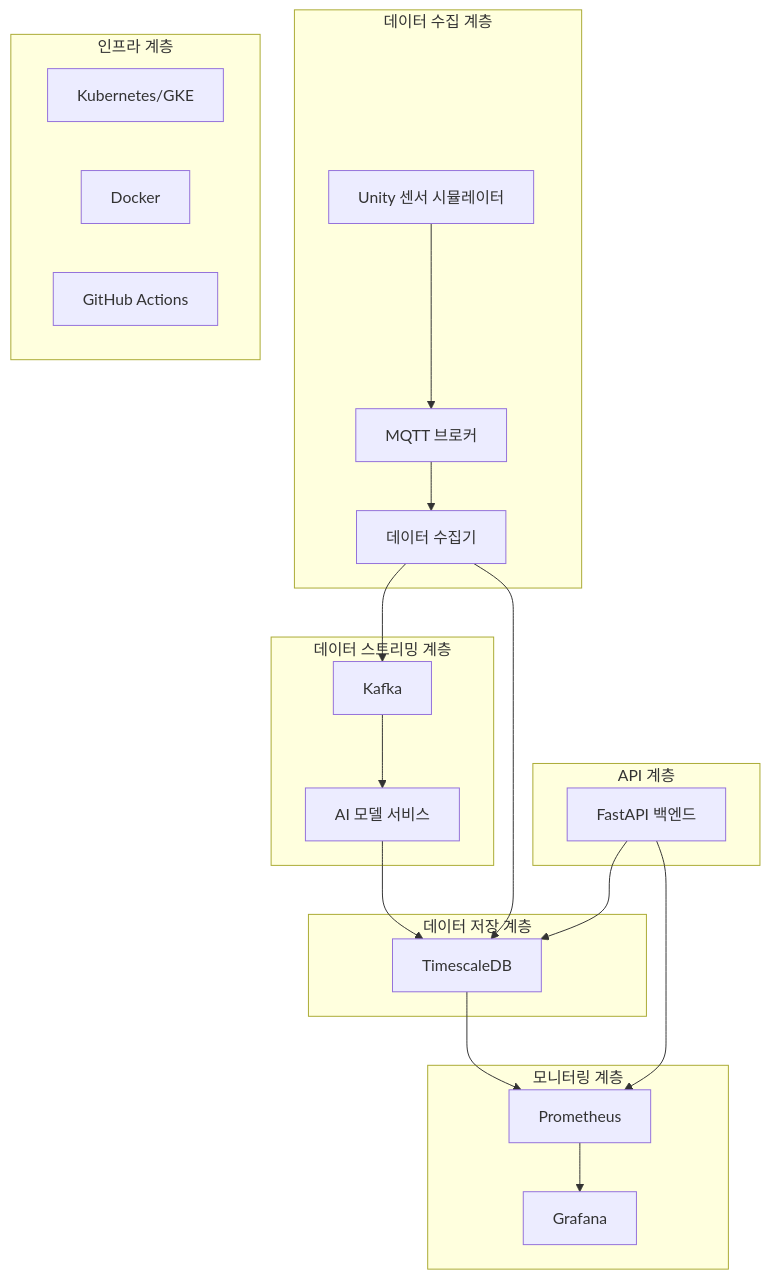
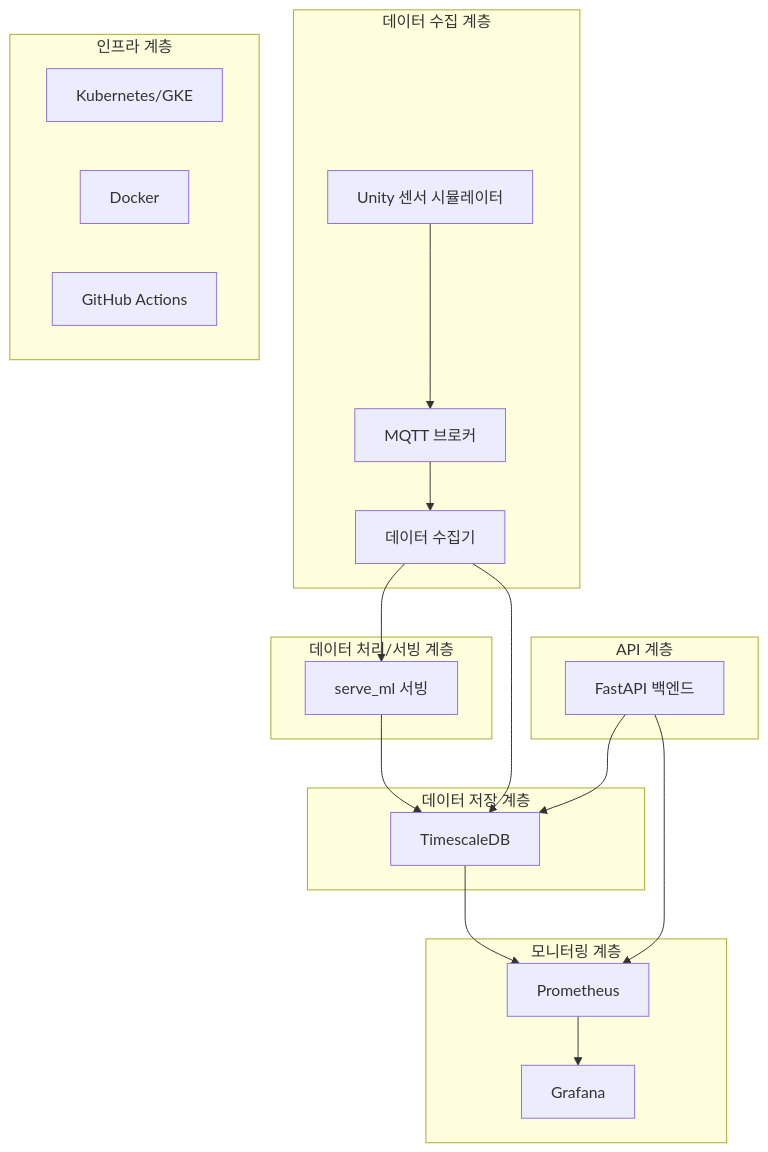
The diagram in backend/README.md (KSEB-FactoryPdM/KSEB_FactoryPdM), drawn with Mermaid before and after one commit. The commit also changed other lines of this file and 1 other file, not shown here.

Commit message:
docs(backend): update README for serve_ml guide\nbuild(env): add PyYAML and SERVE_ML_ROOT bind

````diff
--- a/backend/README.md
+++ b/backend/README.md
@@ -9,33 +27,32 @@
 ```mermaid
 graph TB
     subgraph "데이터 수집 계층"
         A[Unity 센서 시뮬레이터] --> B[MQTT 브로커]
         B --> C[데이터 수집기]
     end
     
-    subgraph "데이터 스트리밍 계층"  
-        C --> D[Kafka]
-        D --> E[AI 모델 서비스]
+    subgraph "데이터 처리/서빙 계층"  
+        C --> E[serve_ml 서빙]
     end
     
     subgraph "데이터 저장 계층"
         E --> F[TimescaleDB]
         C --> F
     end
     
     subgraph "API 계층"
         G[FastAPI 백엔드] --> F
     end
     
     subgraph "모니터링 계층"
         F --> H[Prometheus]
         H --> I[Grafana]
         G --> H
     end
     
     subgraph "인프라 계층"
         J[Kubernetes/GKE] 
         K[Docker]
         L[GitHub Actions]
     end
 ```
````
